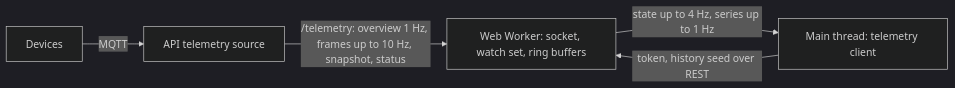
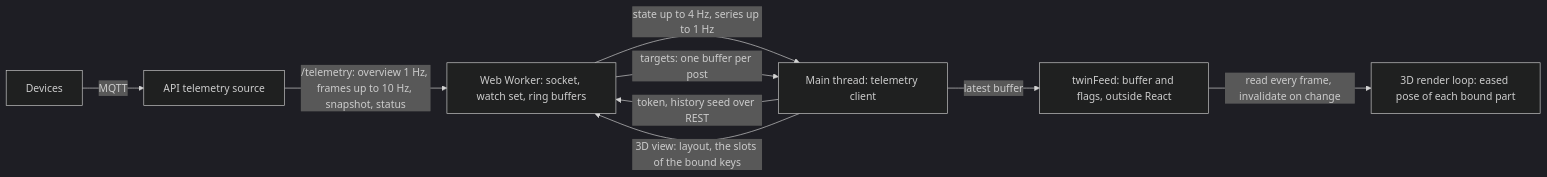
The fifth of 5 diagrams in docs/architecture.md (truongtankhanh/ops-command-center), drawn with Mermaid (dark theme) before and after one commit. The commit also changed other lines of this file and 3 other files, not shown here.

````diff
--- a/docs/architecture.md
+++ b/docs/architecture.md
@@ -127,7 +127,11 @@
 ```mermaid
 flowchart LR
   D[Devices] -- MQTT --> A[API telemetry source]
   A -- "/telemetry: overview 1 Hz, frames up to 10 Hz, snapshot, status" --> W["Web Worker: socket, watch set, ring buffers"]
   W -- "state up to 4 Hz, series up to 1 Hz" --> M["Main thread: telemetry client"]
   M -- "token, history seed over REST" --> W
+  M -- "3D view: layout, the slots of the bound keys" --> W
+  W -- "targets: one buffer per post" --> M
+  M -- "latest buffer" --> F["twinFeed: buffer and flags, outside React"]
+  F -- "read every frame, invalidate on change" --> R["3D render loop: eased pose of each bound part"]
 ```
````
